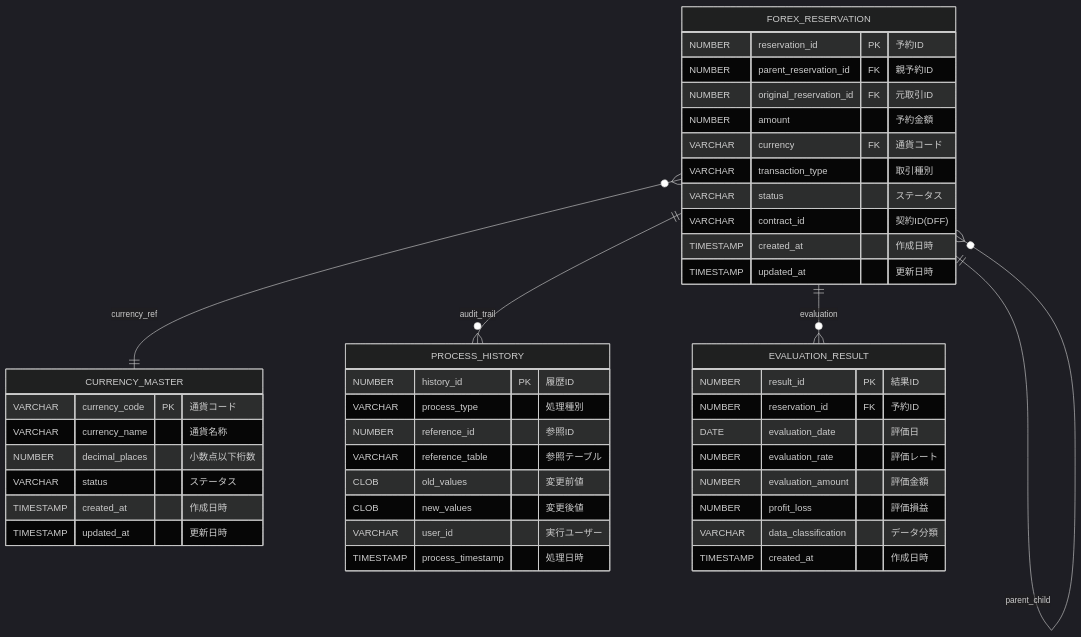
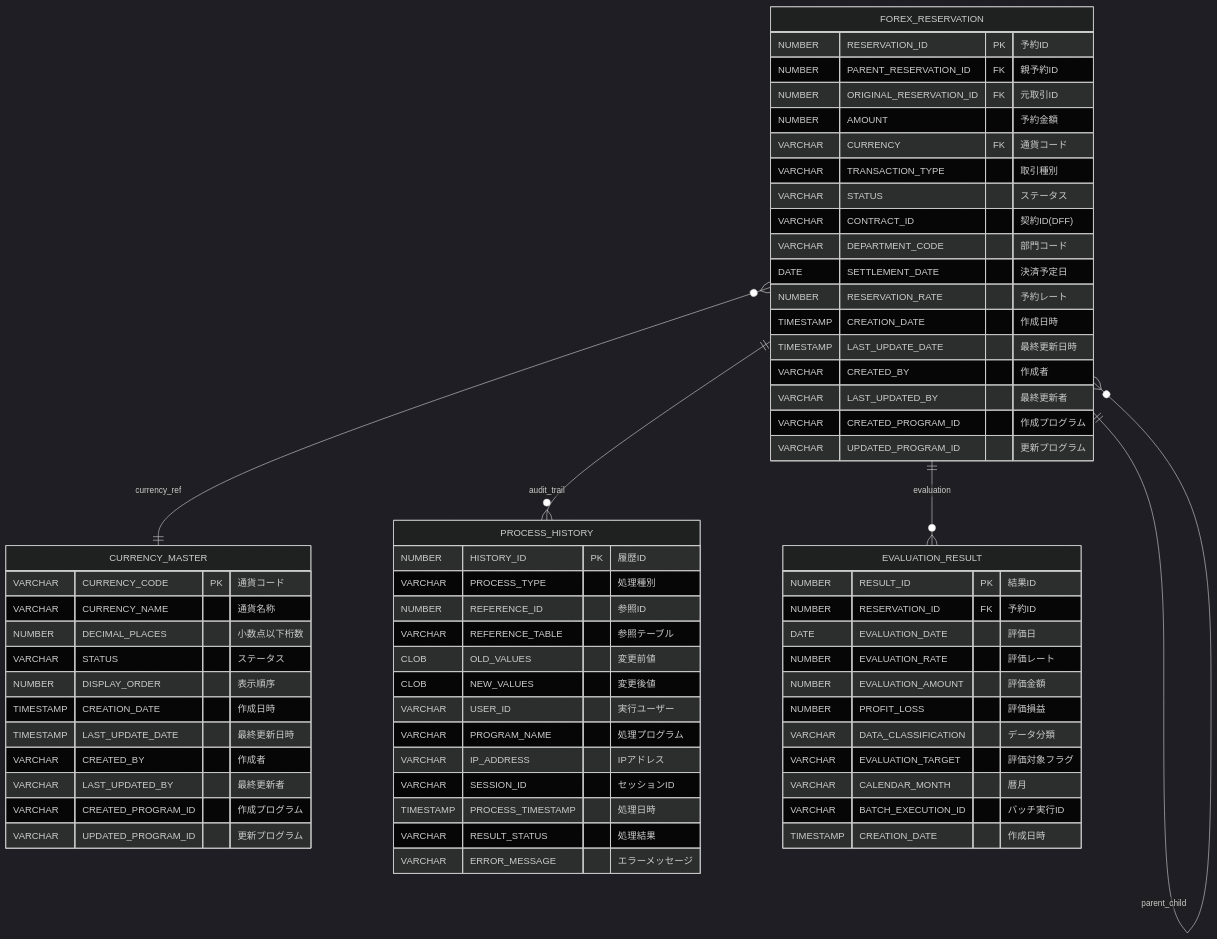
The diagram in A01_database_design.md (shiota-yotaro/hibiki-pj-sample-design), drawn with Mermaid (dark theme) before and after one commit. The commit also changed other lines of this file, not shown here.

````diff
--- a/A01_database_design.md
+++ b/A01_database_design.md
@@ -27,52 +30,72 @@
 ```mermaid
 erDiagram
     CURRENCY_MASTER {
-        VARCHAR currency_code PK "通貨コード"
-        VARCHAR currency_name "通貨名称"
-        NUMBER decimal_places "小数点以下桁数"
-        VARCHAR status "ステータス"
-        TIMESTAMP created_at "作成日時"
-        TIMESTAMP updated_at "更新日時"
+        VARCHAR CURRENCY_CODE PK "通貨コード"
+        VARCHAR CURRENCY_NAME "通貨名称"
+        NUMBER DECIMAL_PLACES "小数点以下桁数"
+        VARCHAR STATUS "ステータス"
+        NUMBER DISPLAY_ORDER "表示順序"
+        TIMESTAMP CREATION_DATE "作成日時"
+        TIMESTAMP LAST_UPDATE_DATE "最終更新日時"
+        VARCHAR CREATED_BY "作成者"
+        VARCHAR LAST_UPDATED_BY "最終更新者"
+        VARCHAR CREATED_PROGRAM_ID "作成プログラム"
+        VARCHAR UPDATED_PROGRAM_ID "更新プログラム"
     }
     
     FOREX_RESERVATION {
-        NUMBER reservation_id PK "予約ID"
-        NUMBER parent_reservation_id FK "親予約ID"
-        NUMBER original_reservation_id FK "元取引ID"
-        NUMBER amount "予約金額"
-        VARCHAR currency FK "通貨コード"
-        VARCHAR transaction_type "取引種別"
-        VARCHAR status "ステータス"
-        VARCHAR contract_id "契約ID(DFF)"
-        TIMESTAMP created_at "作成日時"
-        TIMESTAMP updated_at "更新日時"
+        NUMBER RESERVATION_ID PK "予約ID"
+        NUMBER PARENT_RESERVATION_ID FK "親予約ID"
+        NUMBER ORIGINAL_RESERVATION_ID FK "元取引ID"
+        NUMBER AMOUNT "予約金額"
+        VARCHAR CURRENCY FK "通貨コード"
+        VARCHAR TRANSACTION_TYPE "取引種別"
+        VARCHAR STATUS "ステータス"
+        VARCHAR CONTRACT_ID "契約ID(DFF)"
+        VARCHAR DEPARTMENT_CODE "部門コード"
+        DATE SETTLEMENT_DATE "決済予定日"
+        NUMBER RESERVATION_RATE "予約レート"
+        TIMESTAMP CREATION_DATE "作成日時"
+        TIMESTAMP LAST_UPDATE_DATE "最終更新日時"
+        VARCHAR CREATED_BY "作成者"
+        VARCHAR LAST_UPDATED_BY "最終更新者"
+        VARCHAR CREATED_PROGRAM_ID "作成プログラム"
+        VARCHAR UPDATED_PROGRAM_ID "更新プログラム"
     }
     
     PROCESS_HISTORY {
-        NUMBER history_id PK "履歴ID"
-        VARCHAR process_type "処理種別"
-        NUMBER reference_id "参照ID"
-        VARCHAR reference_table "参照テーブル"
-        CLOB old_values "変更前値"
-        CLOB new_values "変更後値"
-        VARCHAR user_id "実行ユーザー"
-        TIMESTAMP process_timestamp "処理日時"
+        NUMBER HISTORY_ID PK "履歴ID"
+        VARCHAR PROCESS_TYPE "処理種別"
+        NUMBER REFERENCE_ID "参照ID"
+        VARCHAR REFERENCE_TABLE "参照テーブル"
+        CLOB OLD_VALUES "変更前値"
+        CLOB NEW_VALUES "変更後値"
+        VARCHAR USER_ID "実行ユーザー"
+        VARCHAR PROGRAM_NAME "処理プログラム"
+        VARCHAR IP_ADDRESS "IPアドレス"
+        VARCHAR SESSION_ID "セッションID"
+        TIMESTAMP PROCESS_TIMESTAMP "処理日時"
+        VARCHAR RESULT_STATUS "処理結果"
+        VARCHAR ERROR_MESSAGE "エラーメッセージ"
     }
     
     EVALUATION_RESULT {
-        NUMBER result_id PK "結果ID"
-        NUMBER reservation_id FK "予約ID"
-        DATE evaluation_date "評価日"
-        NUMBER evaluation_rate "評価レート"
-        NUMBER evaluation_amount "評価金額"
-        NUMBER profit_loss "評価損益"
-        VARCHAR data_classification "データ分類"
-        TIMESTAMP created_at "作成日時"
+        NUMBER RESULT_ID PK "結果ID"
+        NUMBER RESERVATION_ID FK "予約ID"
+        DATE EVALUATION_DATE "評価日"
+        NUMBER EVALUATION_RATE "評価レート"
+        NUMBER EVALUATION_AMOUNT "評価金額"
+        NUMBER PROFIT_LOSS "評価損益"
+        VARCHAR DATA_CLASSIFICATION "データ分類"
+        VARCHAR EVALUATION_TARGET "評価対象フラグ"
+        VARCHAR CALENDAR_MONTH "暦月"
+        VARCHAR BATCH_EXECUTION_ID "バッチ実行ID"
+        TIMESTAMP CREATION_DATE "作成日時"
     }
     
     %% リレーション
     FOREX_RESERVATION ||--o{ FOREX_RESERVATION : "parent_child"
     FOREX_RESERVATION }o--|| CURRENCY_MASTER : "currency_ref"
     FOREX_RESERVATION ||--o{ EVALUATION_RESULT : "evaluation"
     FOREX_RESERVATION ||--o{ PROCESS_HISTORY : "audit_trail"
 ```
````
